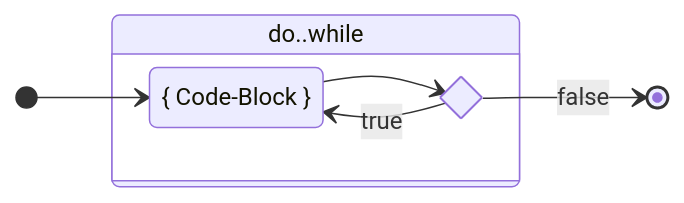
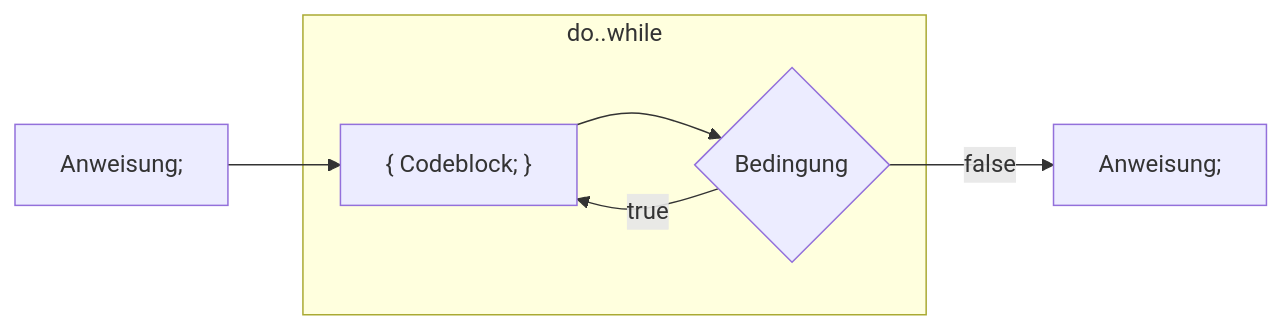
The diagram in docs/woche05/5a-while/dowhile.md (codingluke/bbzbl-modul-319), drawn with Mermaid before and after one commit. The commit also changed other lines of this file and 18 other files, not shown here.

````diff
--- a/docs/woche05/5a-while/dowhile.md
+++ b/docs/woche05/5a-while/dowhile.md
@@ -29,12 +29,9 @@
 ```mermaid
-stateDiagram-v2
-    direction LR
-    do: { Code-Block }
-    state bedingung <<choice>>
-    [*] --> do
-    state do..while {
-        do --> bedingung
-        bedingung --> do: true
-    }
-    bedingung --> [*]: false
+flowchart LR
+    A[Anweisung;] --> B["{ Codeblock; }"]
+    subgraph do..while
+      C --> |true| B
+      B --> C{Bedingung}
+    end
+    C --> |false| F[Anweisung;]
 ```
````
